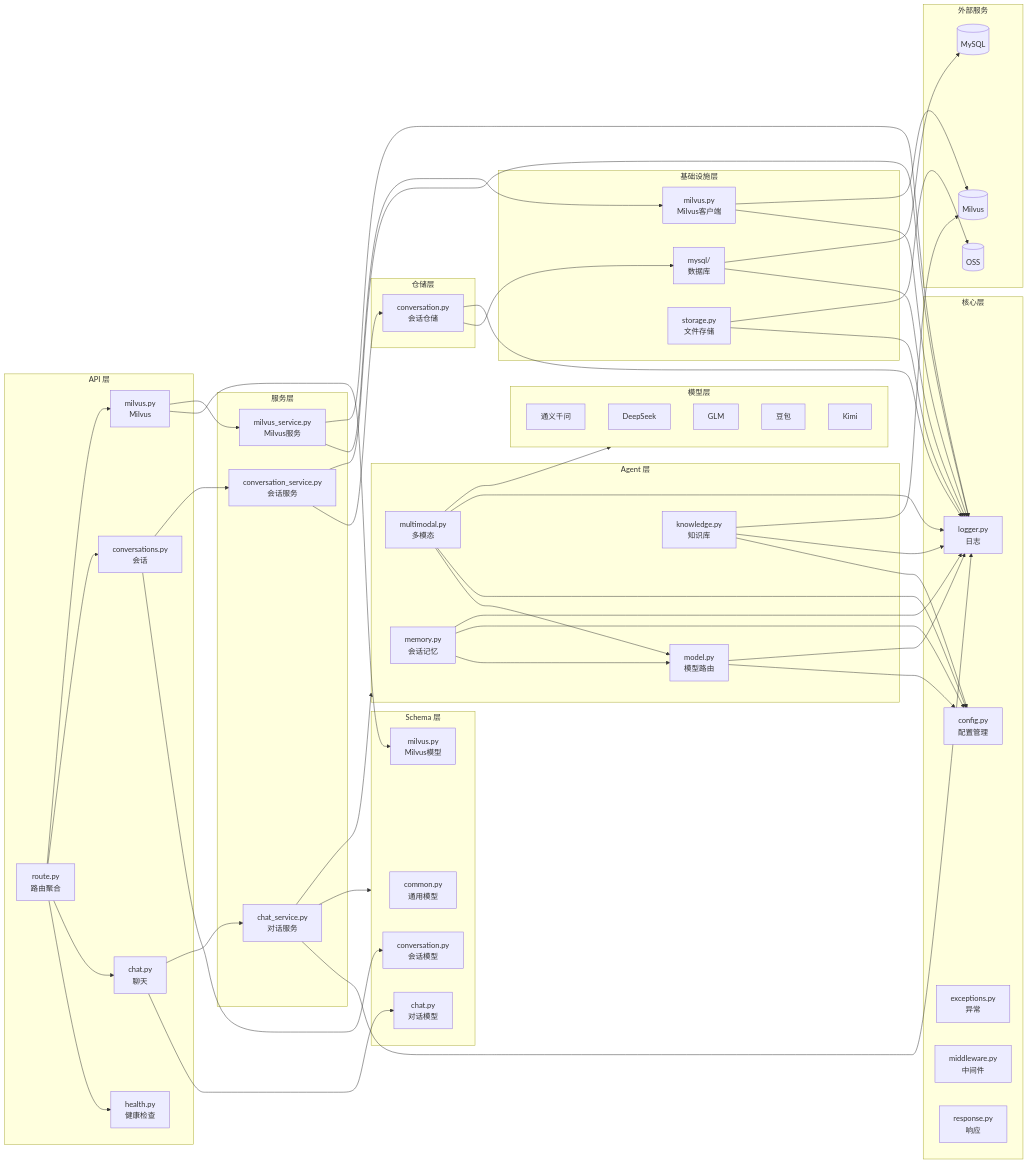
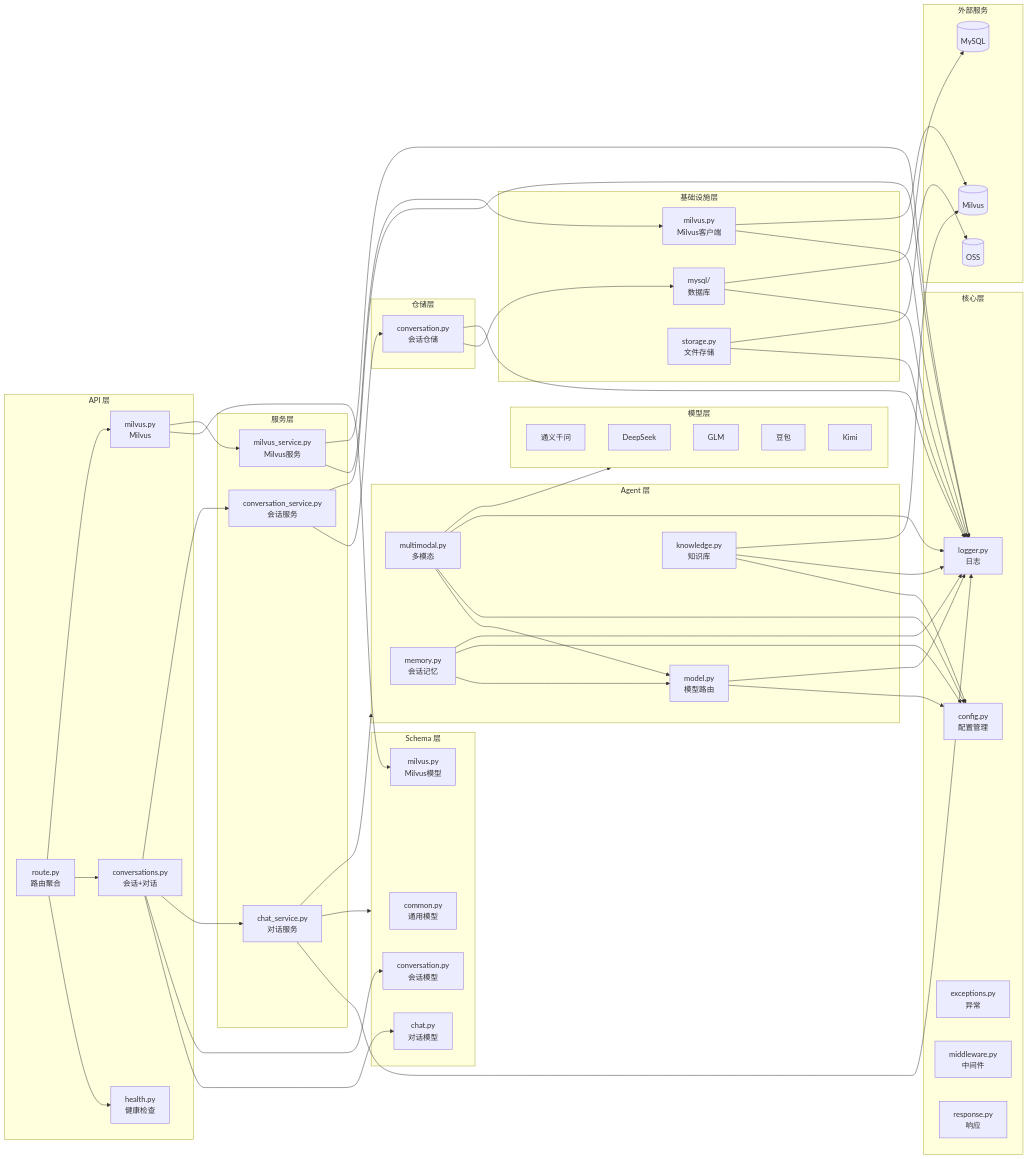
One commit to chain-engine/x-XiChuang changed the first of 3 diagrams in README.md. Above: the diagram before and after it, drawn with Mermaid. The commit also changed other lines of this file and 64 other files, not shown here.

```diff
--- a/README.md
+++ b/README.md
@@ -138,8 +137,7 @@
     subgraph API["API 层"]
         ROUTE["route.py<br/>路由聚合"]
         HEALTH["health.py<br/>健康检查"]
-        CHAT_API["chat.py<br/>聊天"]
-        CONV_API["conversations.py<br/>会话"]
+        CONV_API["conversations.py<br/>会话+对话"]
         MILVUS_API["milvus.py<br/>Milvus"]
     end
 
@@ -197,15 +195,14 @@
 
     %% API 层依赖
     ROUTE --> HEALTH
-    ROUTE --> CHAT_API
     ROUTE --> CONV_API
     ROUTE --> MILVUS_API
 
-    CHAT_API --> CHAT_SCHEMA
+    CONV_API --> CHAT_SCHEMA
     CONV_API --> CONV_SCHEMA
     MILVUS_API --> MILVUS_SCHEMA
 
-    CHAT_API --> CHAT_SVC
+    CONV_API --> CHAT_SVC
     CONV_API --> CONV_SVC
     MILVUS_API --> MILVUS_SVC
 
```
